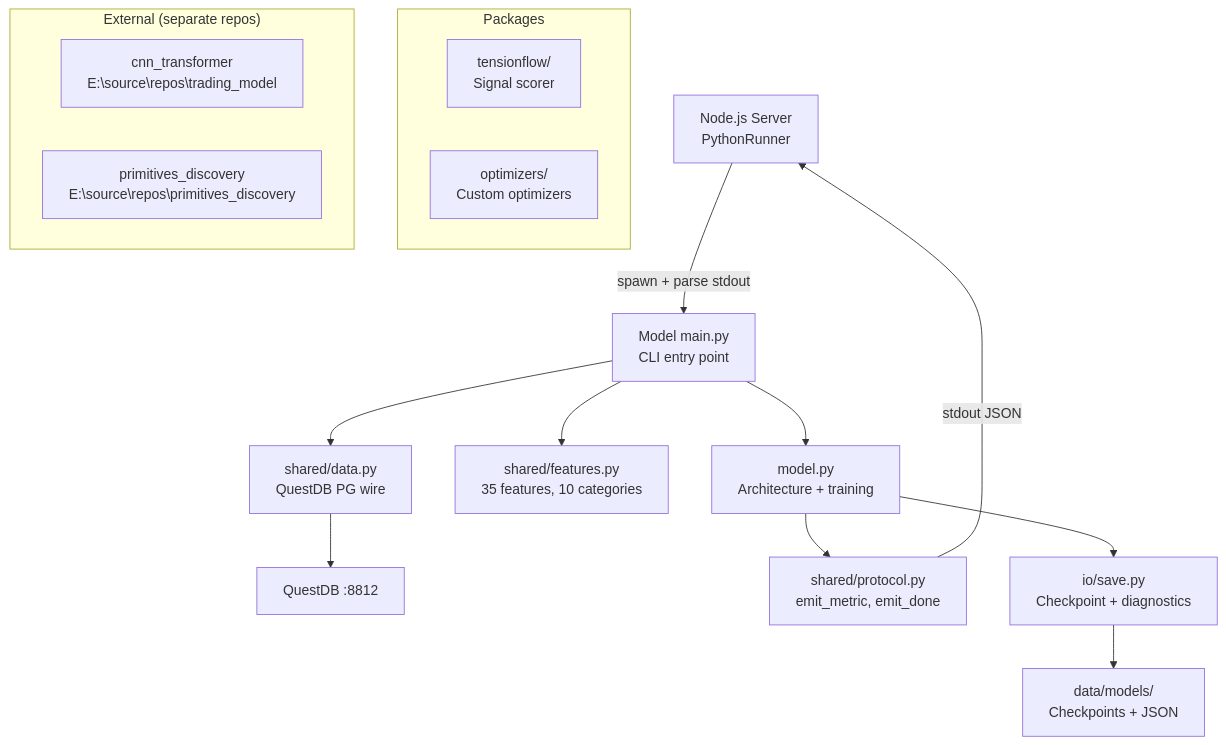
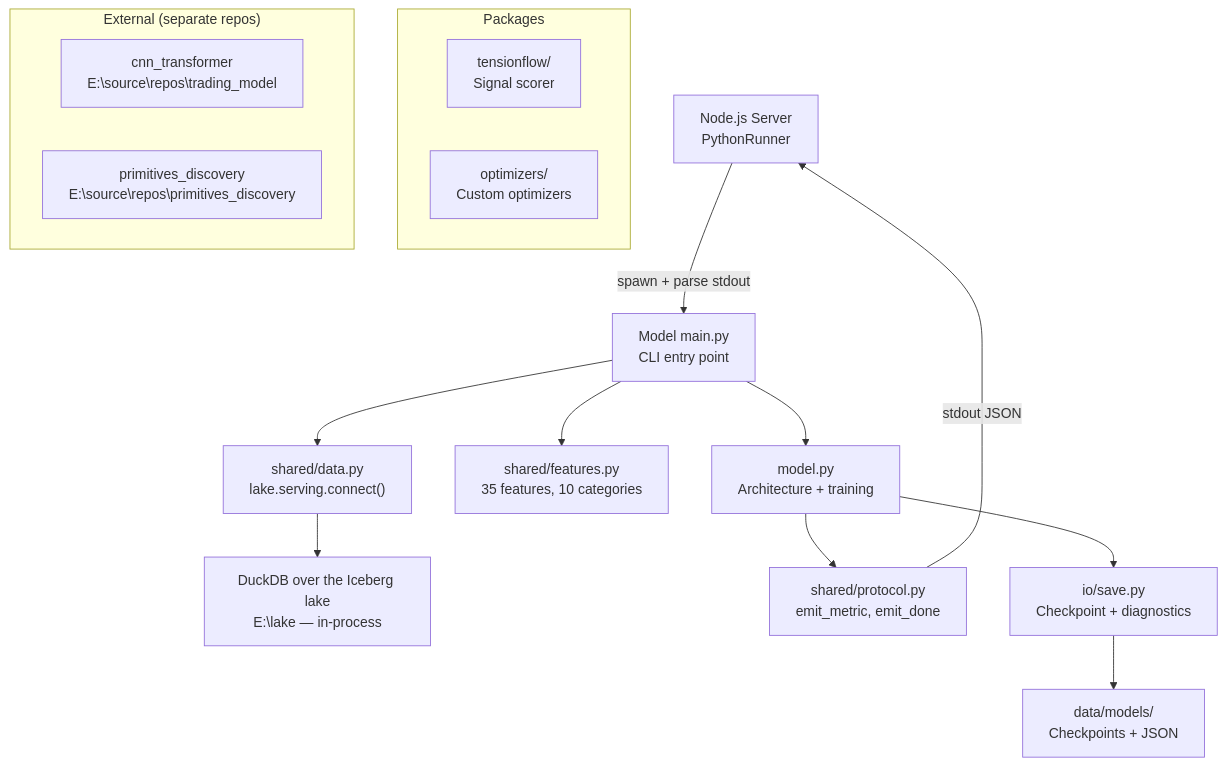
One commit to Outtsett/ml_dashboard changed the diagram in src/ml/README.md. Above: the diagram before and after it, drawn with Mermaid. The commit also changed other lines of this file and 76 other files, not shown here.

````diff
--- a/src/ml/README.md
+++ b/src/ml/README.md
@@ -7,22 +7,22 @@
 ```mermaid
 graph TD
     Server["Node.js Server<br/>PythonRunner"] -->|spawn + parse stdout| Main["Model main.py<br/>CLI entry point"]
-    Main --> Data["shared/data.py<br/>QuestDB PG wire"]
-    Data --> QDB["QuestDB :8812"]
+    Main --> Data["shared/data.py<br/>lake.serving.connect()"]
+    Data --> Lake["DuckDB over the Iceberg lake<br/>E:\lake — in-process"]
     Main --> Features["shared/features.py<br/>35 features, 10 categories"]
     Main --> Model["model.py<br/>Architecture + training"]
     Model --> Protocol["shared/protocol.py<br/>emit_metric, emit_done"]
     Protocol -->|stdout JSON| Server
     Model --> Save["io/save.py<br/>Checkpoint + diagnostics"]
     Save --> Disk["data/models/<br/>Checkpoints + JSON"]
 
     subgraph Packages
         TFlow["tensionflow/<br/>Signal scorer"]
         Opt["optimizers/<br/>Custom optimizers"]
     end
 
     subgraph "External (separate repos)"
         CNN["cnn_transformer<br/>E:\source\repos\trading_model"]
         Prim["primitives_discovery<br/>E:\source\repos\primitives_discovery"]
     end
 ```
````
